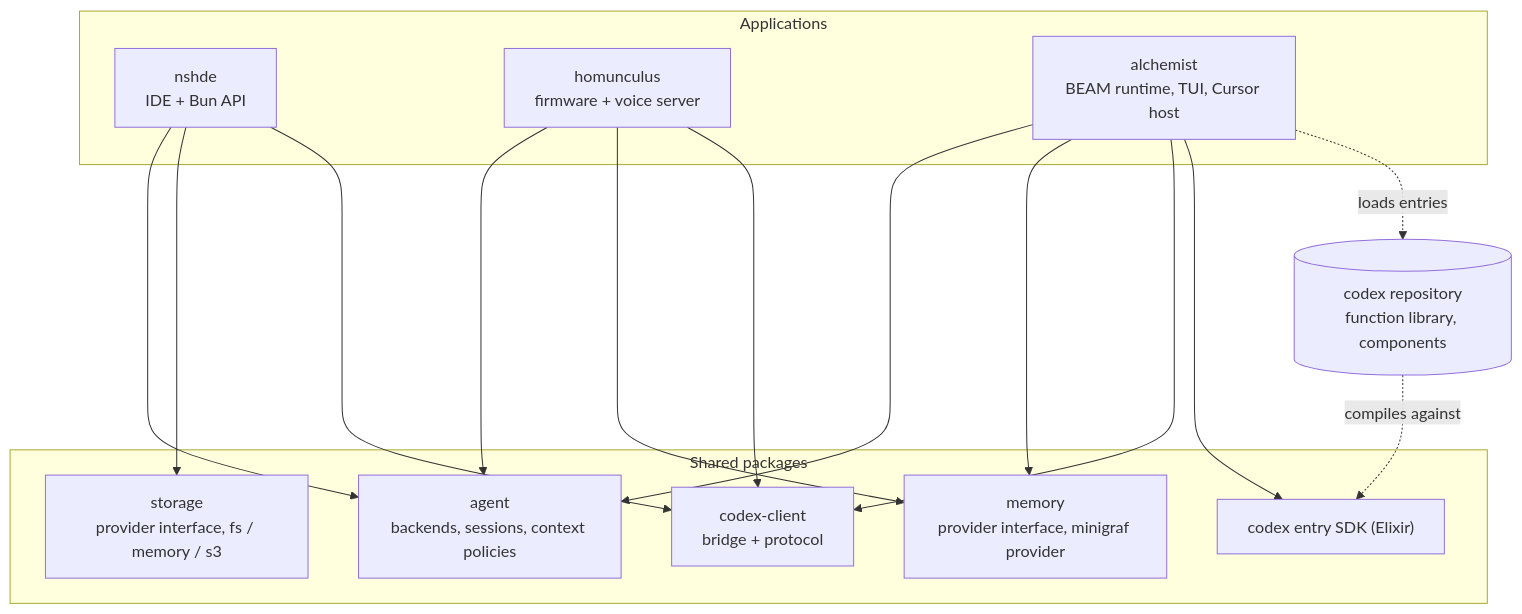
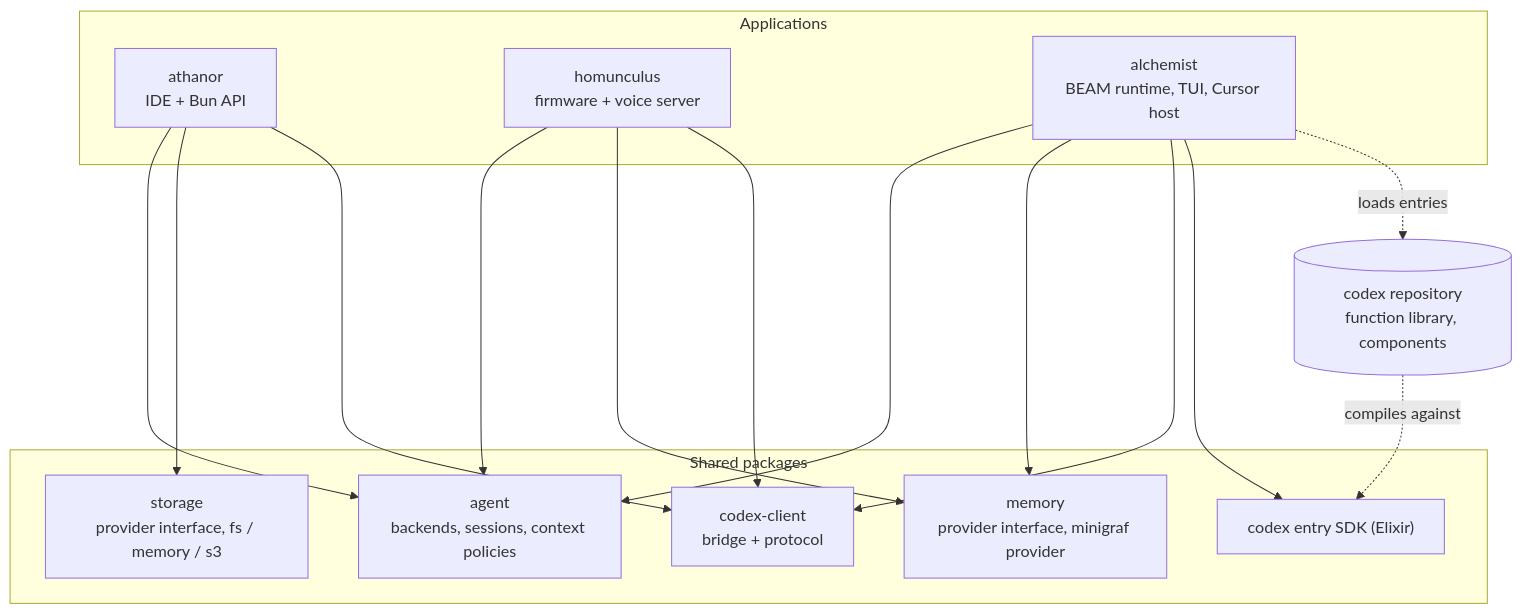
Before and after one commit to 0x1d/crucible: the diagram in docs/architecture.md, drawn with Mermaid. The commit also changed other lines of this file and 11 other files, not shown here.

First line of the commit message:
Rename nshde to athanor; pin Formulary as a submodule

````diff
--- a/docs/architecture.md
+++ b/docs/architecture.md
@@ -26,22 +26,22 @@
 ```mermaid
 flowchart TB
     subgraph Apps["Applications"]
-        NSH["nshde<br/>IDE + Bun API"]
+        ATH["athanor<br/>IDE + Bun API"]
         HOM["homunculus<br/>firmware + voice server"]
         ALC["alchemist<br/>BEAM runtime, TUI, Cursor host"]
     end
     subgraph Pkgs["Shared packages"]
         AG["agent<br/>backends, sessions, context policies"]
         MEM["memory<br/>provider interface, minigraf provider"]
         ST["storage<br/>provider interface, fs / memory / s3"]
         CC["codex-client<br/>bridge + protocol"]
         SDK["codex entry SDK (Elixir)"]
     end
     CODEX[("codex repository<br/>function library, components")]
 
-    NSH --> AG & ST & CC
+    ATH --> AG & ST & CC
     HOM --> AG & MEM & CC
     ALC --> AG & MEM & CC & SDK
     ALC -. "loads entries" .-> CODEX
     CODEX -. "compiles against" .-> SDK
 ```
````
